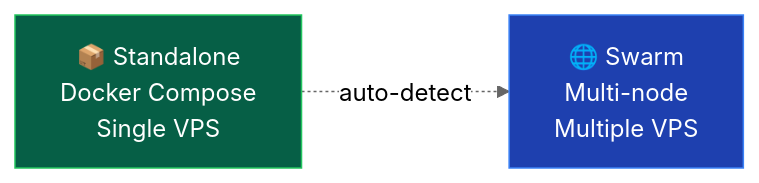
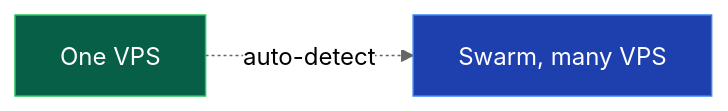
One commit to Ketbome/minepanel changed the second of 3 diagrams in doc/roadmap.md. Above: the diagram before and after it, drawn with Mermaid (neutral theme). The commit also changed other lines of this file and 56 other files, not shown here.

First line of the commit message:
docs: current screenshots and diagrams across the whole site (#333)

````diff
--- a/doc/roadmap.md
+++ b/doc/roadmap.md
@@ -163,7 +163,7 @@
 ```mermaid
 flowchart LR
-    A["📦 Standalone<br/>Docker Compose<br/>Single VPS"] -.->|"auto-detect"| B["🌐 Swarm<br/>Multi-node<br/>Multiple VPS"]
+    A["One VPS"] -.->|"auto-detect"| B["Swarm, many VPS"]
 
     style A fill:#065f46,stroke:#22c55e,color:#fff
     style B fill:#1e40af,stroke:#3b82f6,color:#fff
 ```
````
